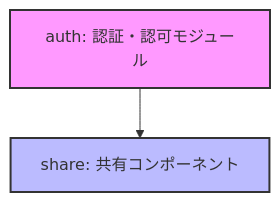
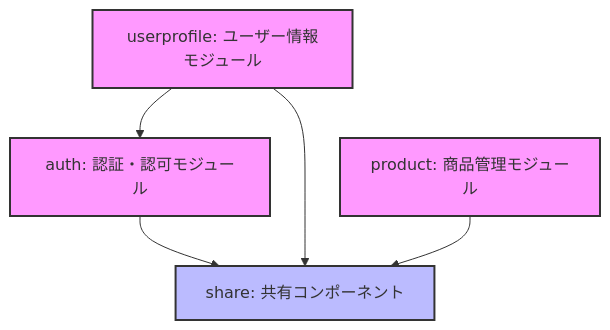
One commit to char5742/ecsite-sample-spring changed the second of 4 diagrams in README.md. Above: the diagram before and after it, drawn with Mermaid. The commit also changed other lines of this file and 21 other files, not shown here.

````diff
--- a/README.md
+++ b/README.md
@@ -80,10 +80,17 @@
 ```mermaid
 flowchart TD
     auth[auth: 認証・認可モジュール]
+    userprofile[userprofile: ユーザー情報モジュール]
+    product[product: 商品管理モジュール]
     share[share: 共有コンポーネント]
     
     auth --> share
+    userprofile --> share
+    userprofile --> auth
+    product --> share
     
     style auth fill:#f9f,stroke:#333,stroke-width:2px
+    style userprofile fill:#f9f,stroke:#333,stroke-width:2px
+    style product fill:#f9f,stroke:#333,stroke-width:2px
     style share fill:#bbf,stroke:#333,stroke-width:2px
 ```
````
